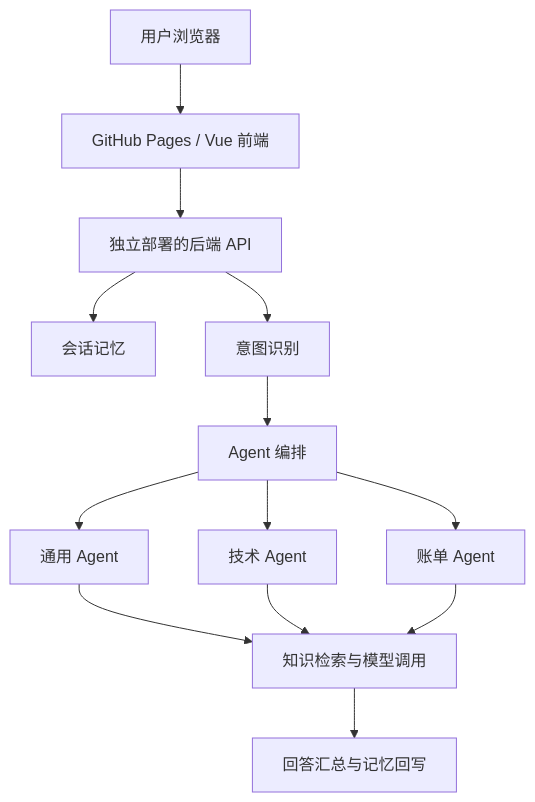
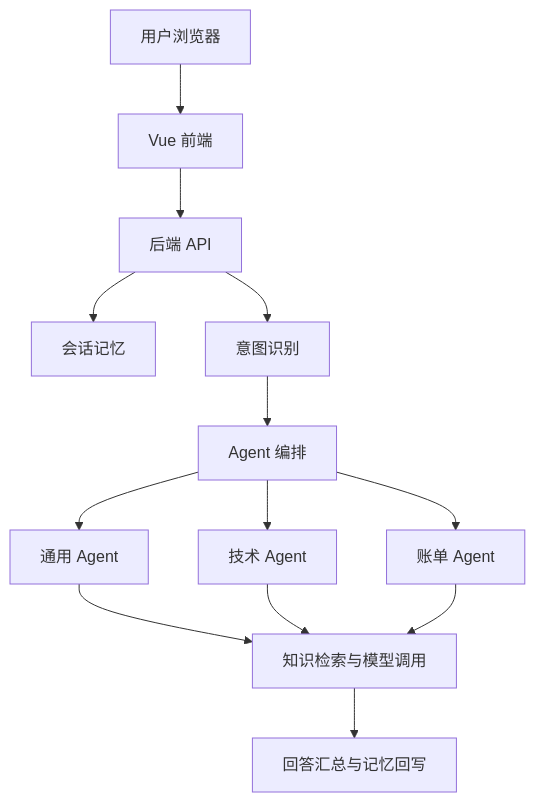
Before and after one commit to kimberly-wilson/ServicePilot: the diagram in README.md, drawn with Mermaid. The commit also changed other lines of this file and 1 other file, not shown here.

Commit message:
Remove GitHub Pages deployment and online demo references

````diff
--- a/README.md
+++ b/README.md
@@ -33,15 +31,15 @@
 ```mermaid
 flowchart TD
-    U[用户浏览器] --> P[GitHub Pages / Vue 前端]
-    P --> API[独立部署的后端 API]
+    U[用户浏览器] --> P[Vue 前端]
+    P --> API[后端 API]
     API --> M[会话记忆]
     API --> I[意图识别]
     I --> O[Agent 编排]
     O --> G[通用 Agent]
     O --> T[技术 Agent]
     O --> B[账单 Agent]
     G --> R[知识检索与模型调用]
     T --> R
     B --> R
     R --> C[回答汇总与记忆回写]
 ```
````
